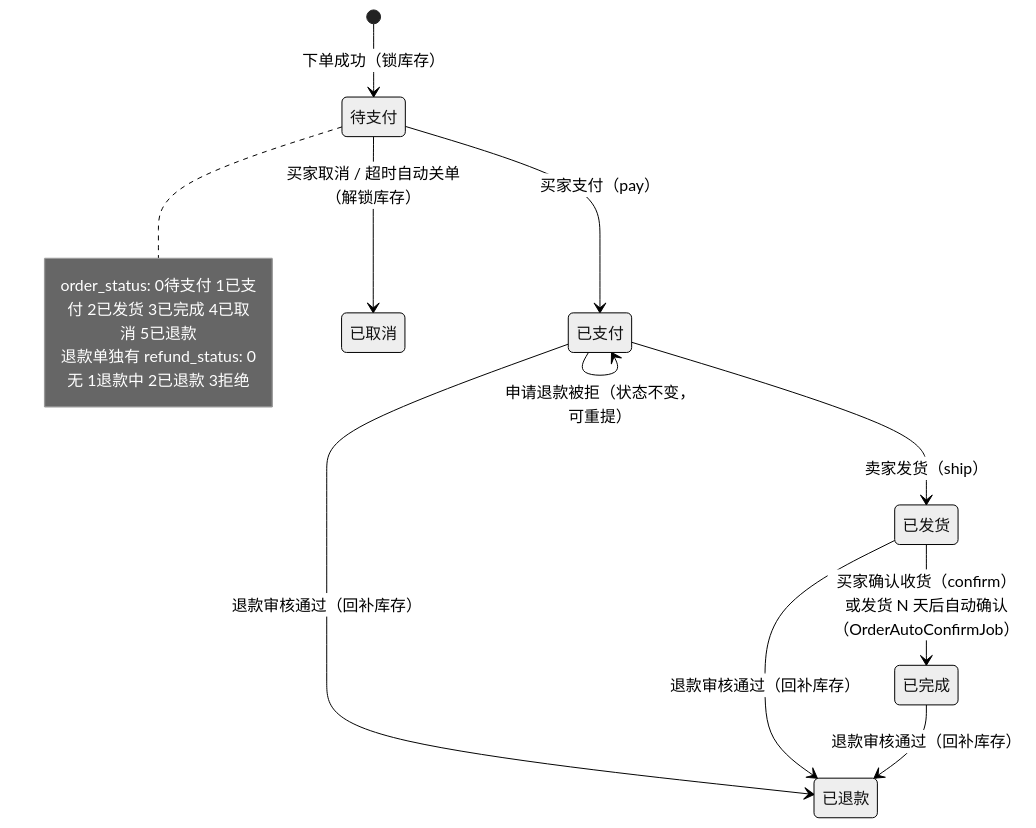
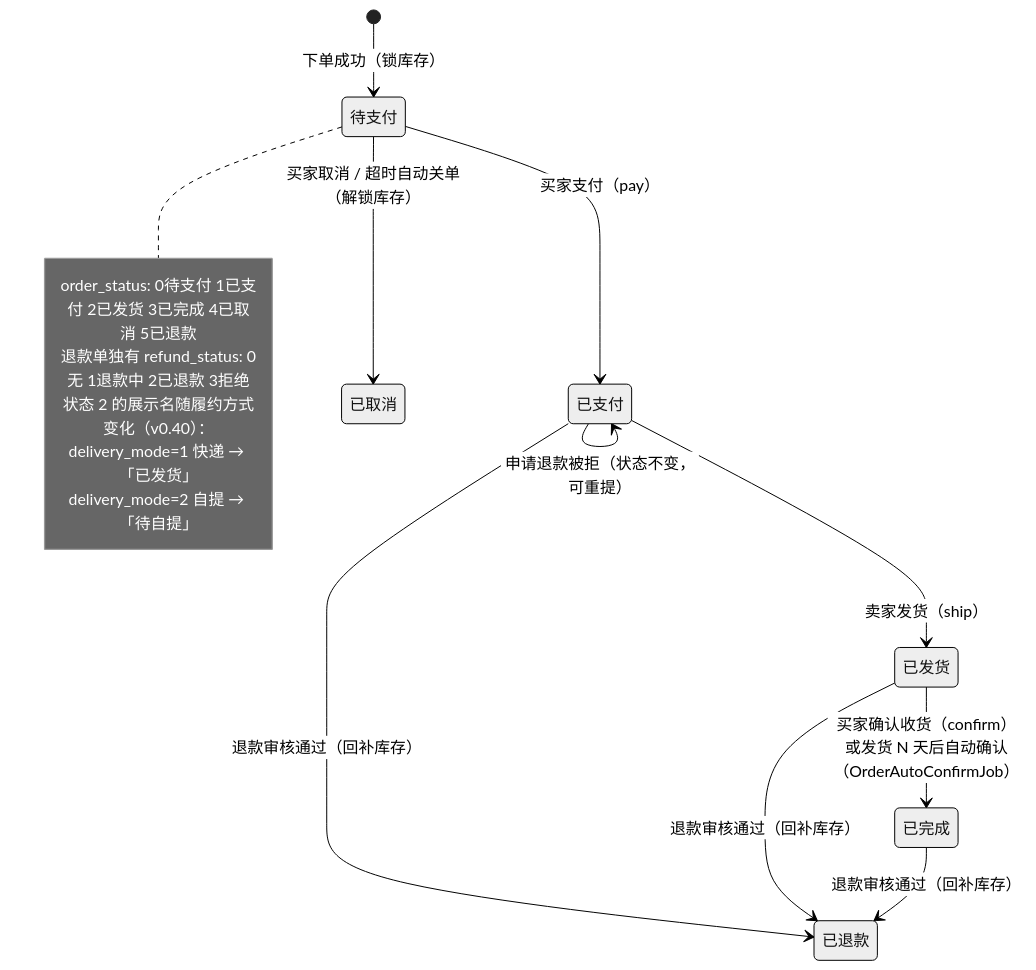
Before and after one commit to WaterSilverHg/ling-mart: diagram 11 of 19 in docs/architecture-diagrams.md, drawn with Mermaid (neutral theme). The commit also changed other lines of this file and 43 other files, not shown here.

````diff
--- a/docs/architecture-diagrams.md
+++ b/docs/architecture-diagrams.md
@@ -410,17 +416,20 @@
 ```mermaid
 stateDiagram-v2
     [*] --> 待支付: 下单成功（锁库存）
     待支付 --> 已支付: 买家支付（pay）
     待支付 --> 已取消: 买家取消 / 超时自动关单<br/>（解锁库存）
     已支付 --> 已发货: 卖家发货（ship）
     已发货 --> 已完成: 买家确认收货（confirm）<br/>或发货 N 天后自动确认（OrderAutoConfirmJob）
     已支付 --> 已退款: 退款审核通过（回补库存）
     已发货 --> 已退款: 退款审核通过（回补库存）
     已完成 --> 已退款: 退款审核通过（回补库存）
     已支付 --> 已支付: 申请退款被拒（状态不变，可重提）
 
     note right of 待支付
         order_status: 0待支付 1已支付 2已发货 3已完成 4已取消 5已退款
         退款单独有 refund_status: 0无 1退款中 2已退款 3拒绝
+        状态 2 的展示名随履约方式变化（v0.40）：
+          delivery_mode=1 快递 → 「已发货」
+          delivery_mode=2 自提 → 「待自提」
     end note
 ```
````
